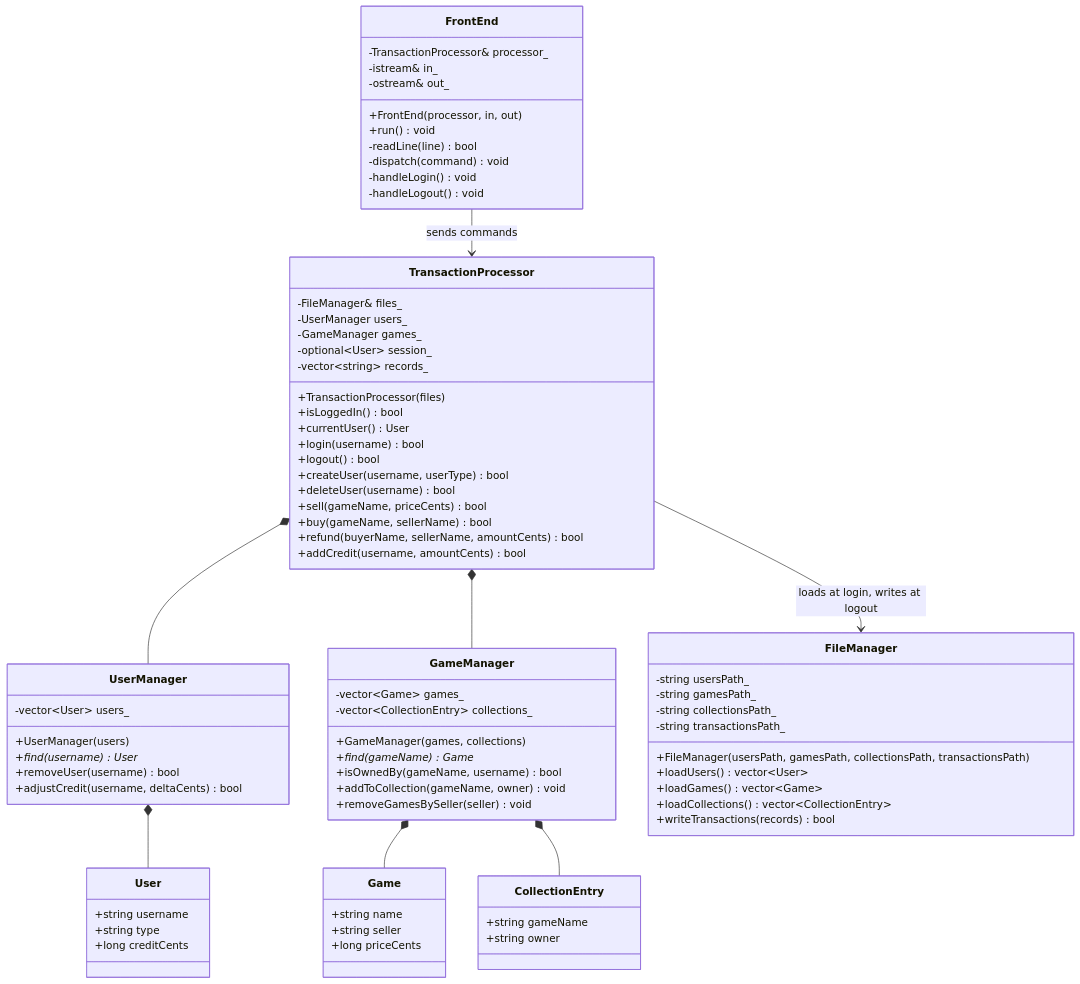
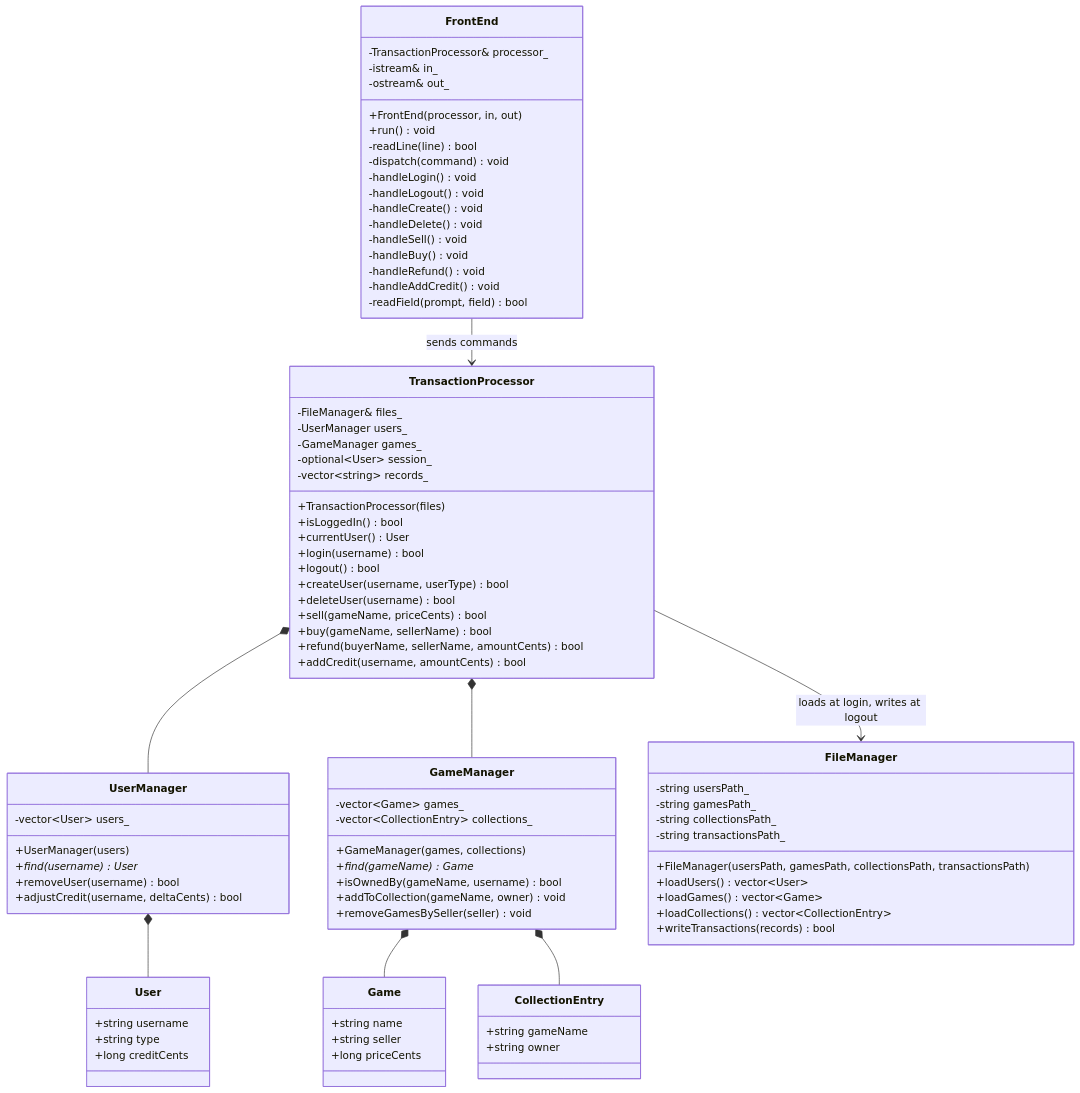
The diagram in docs/phase2_design_notes.md (dhruvht612/CSCI-3060U_Project), drawn with Mermaid before and after one commit. The commit also changed other lines of this file and 14 other files, not shown here.

```diff
--- a/docs/phase2_design_notes.md
+++ b/docs/phase2_design_notes.md
@@ -84,6 +93,13 @@
         -dispatch(command) void
         -handleLogin() void
         -handleLogout() void
+        -handleCreate() void
+        -handleDelete() void
+        -handleSell() void
+        -handleBuy() void
+        -handleRefund() void
+        -handleAddCredit() void
+        -readField(prompt, field) bool
     }
     class TransactionProcessor {
         -FileManager& files_
```
